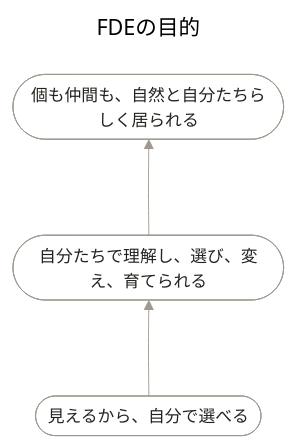
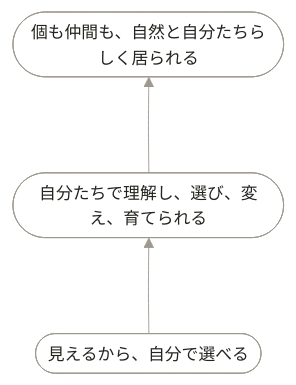
One commit to maakbo/fde changed the first of 10 diagrams in examples/maakbo-fde/README.md. Above: the diagram before and after it, drawn with Mermaid. The commit also changed other lines of this file and 38 other files, not shown here.

````diff
--- a/examples/maakbo-fde/README.md
+++ b/examples/maakbo-fde/README.md
@@ -5,32 +5,31 @@
 ```mermaid
 ---
-title: FDEの目的
 config:
   layout: dagre
   theme: neutral
   flowchart:
     curve: basis
     diagramPadding: 40
     htmlLabels: true
     nodeSpacing: 64
     rankSpacing: 80
     padding: 12
   themeVariables:
     background: "#FFFFFF"
     lineColor: "#9E988E"
     fontFamily: "Inter, Hiragino Sans, sans-serif"
     fontSize: "14px"
 ---
 flowchart BT
   %% 矢印は作業の順序ではなく、業務の理解から判断・改善、目的へ至るつながり。
   o_enabling(["見えるから、自分で選べる"])
   s_desired(["自分たちで理解し、選び、変え、育てられる"])
   p_ultimate(["個も仲間も、自然と自分たちらしく居られる"])
 
   o_enabling --> s_desired
   s_desired --> p_ultimate
 
   class o_enabling,s_desired,p_ultimate meaning;
   classDef meaning fill:#FFFFFF,stroke:#9E988E,color:#25231F,stroke-width:0.75px;
   linkStyle default stroke:#9E988E,stroke-width:0.75px;
 ```
````
